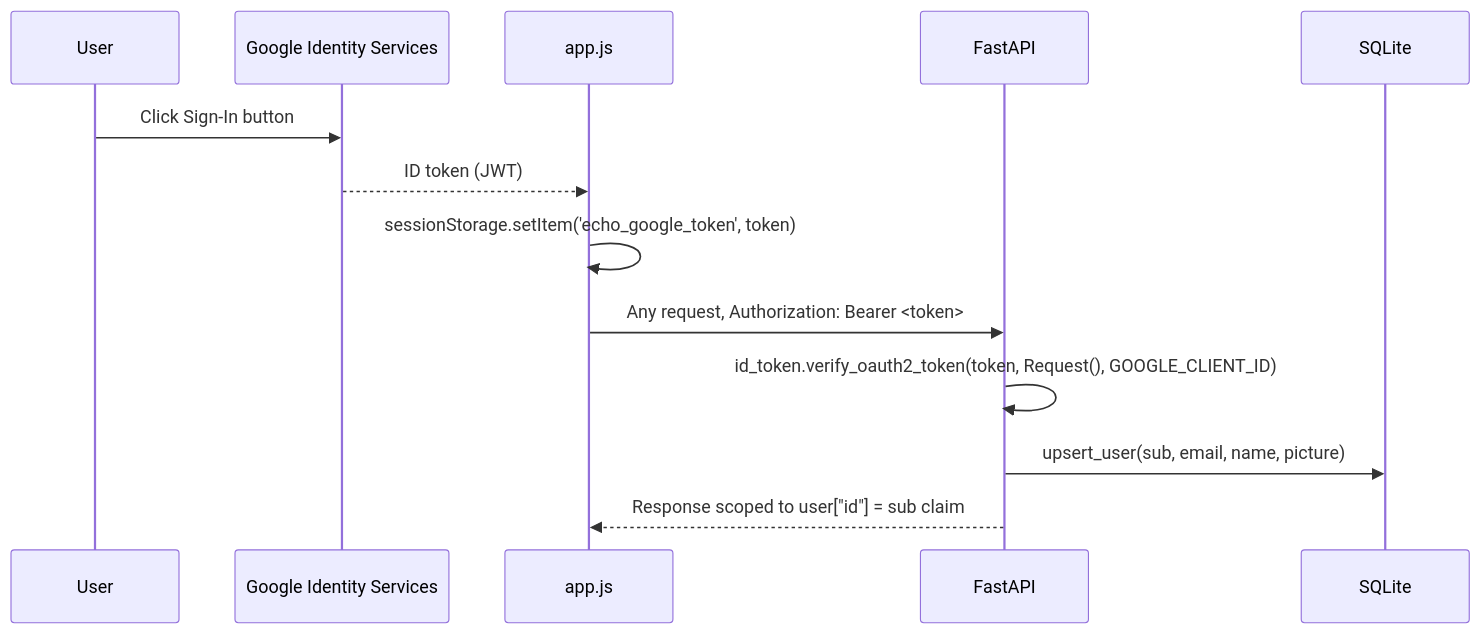
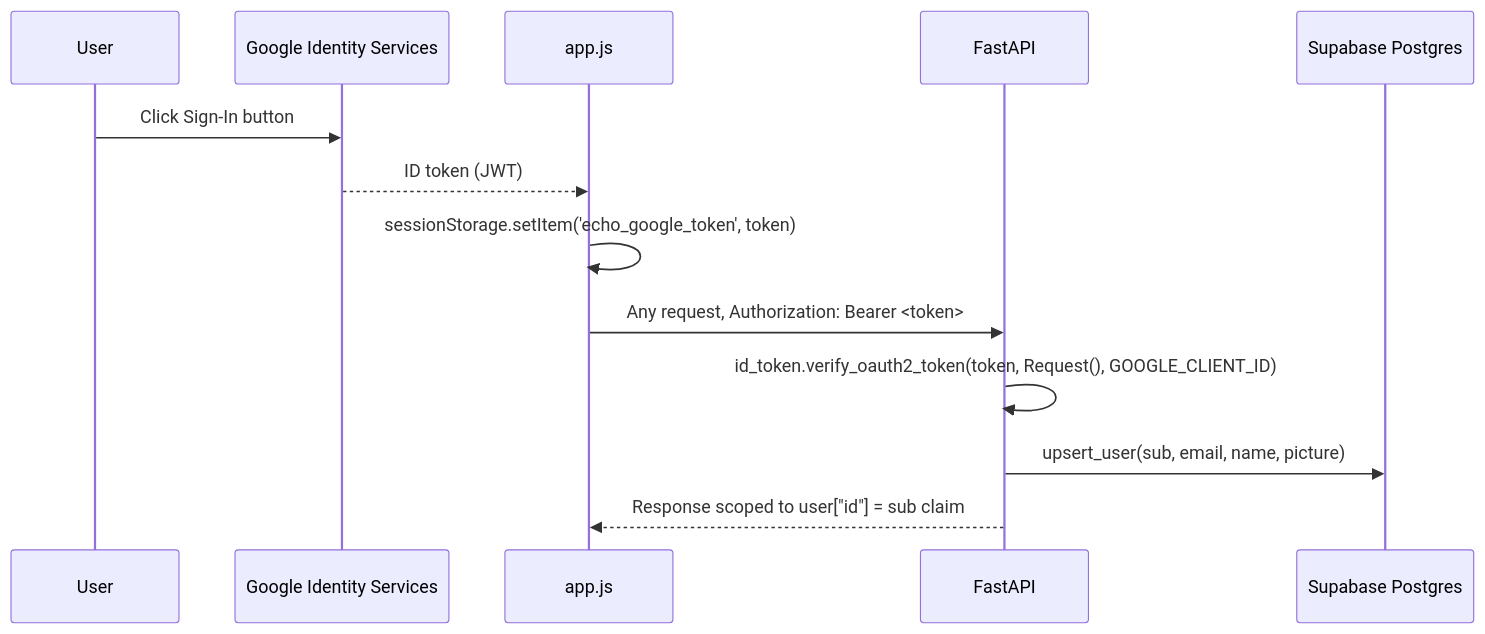
One commit to MOSHO1133/Echo changed the second of 5 diagrams in README.md. Above: the diagram before and after it, drawn with Mermaid. The commit also changed other lines of this file, not shown here.

````diff
--- a/README.md
+++ b/README.md
@@ -230,15 +319,15 @@
 ```mermaid
 sequenceDiagram
     participant U as User
     participant G as Google Identity Services
     participant F as app.js
     participant A as FastAPI
-    participant D as SQLite
+    participant D as Supabase Postgres
     U->>G: Click Sign-In button
     G-->>F: ID token (JWT)
     F->>F: sessionStorage.setItem('echo_google_token', token)
     F->>A: Any request, Authorization: Bearer <token>
     A->>A: id_token.verify_oauth2_token(token, Request(), GOOGLE_CLIENT_ID)
     A->>D: upsert_user(sub, email, name, picture)
     A-->>F: Response scoped to user["id"] = sub claim
 ```
````
